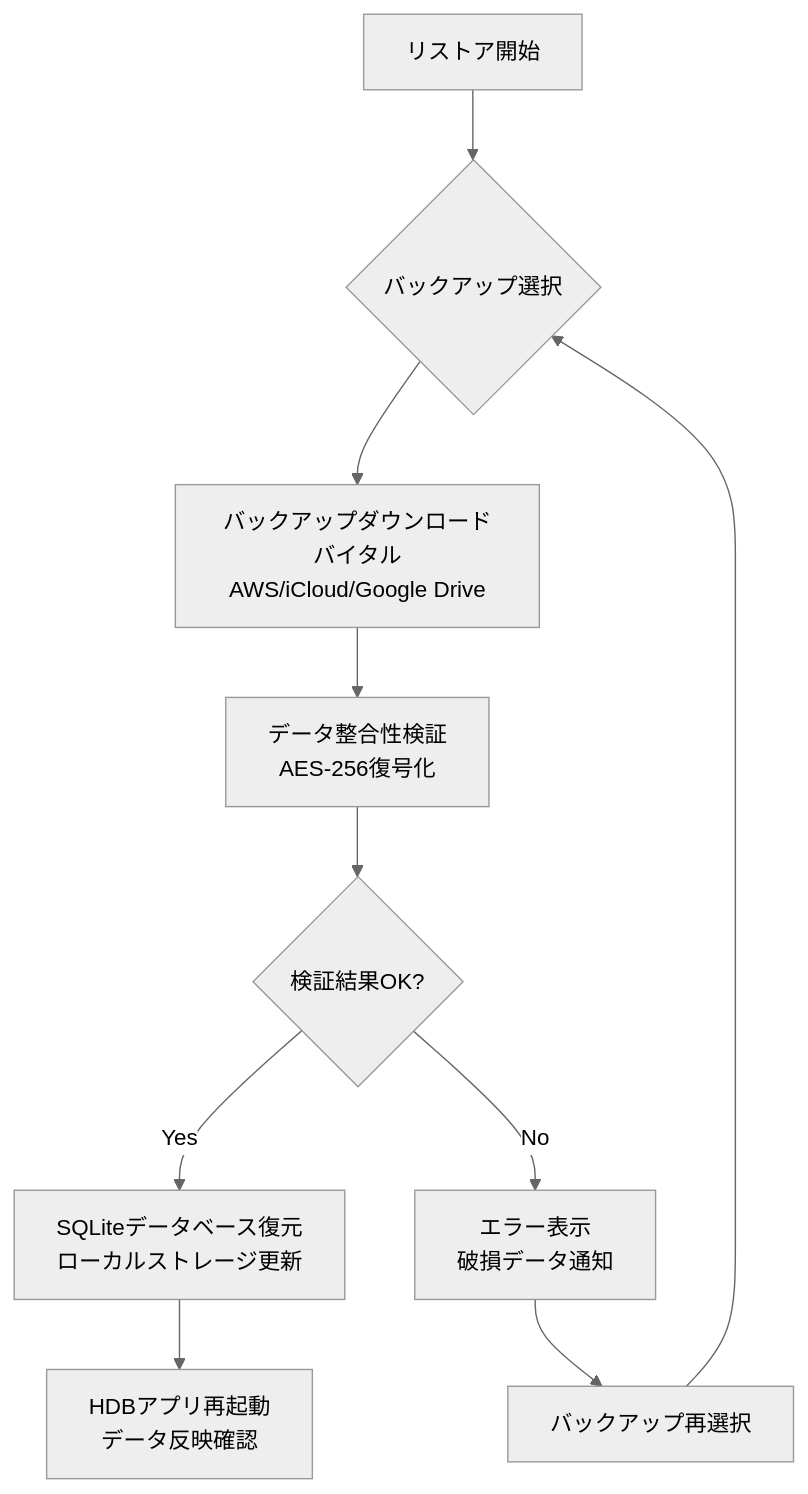
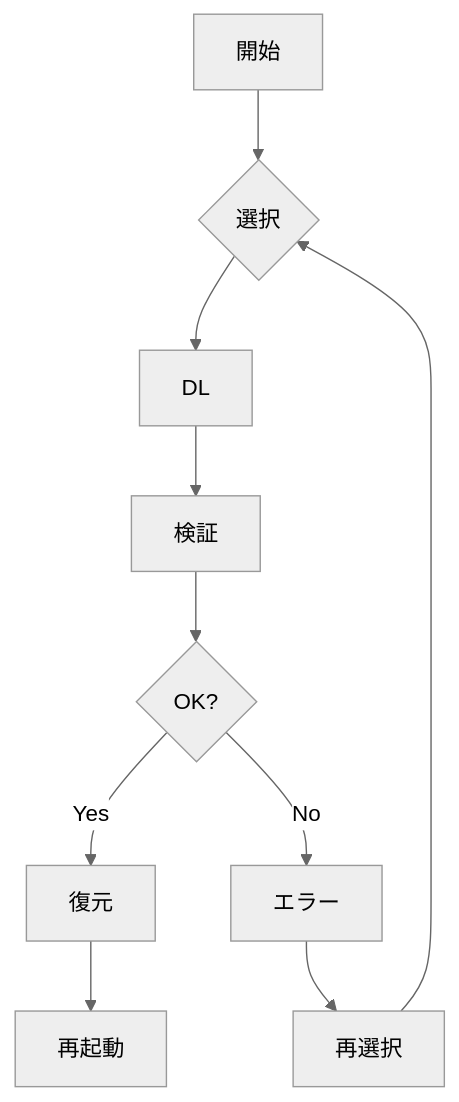
One commit to sasaibu/hdb changed the third of 4 diagrams in 外部設計書22.外部設計書/連携処理方式概要設計書.md. Above: the diagram before and after it, drawn with Mermaid (neutral theme). The commit also changed other lines of this file, not shown here.

````diff
--- a/外部設計書22.外部設計書/連携処理方式概要設計書.md
+++ b/外部設計書22.外部設計書/連携処理方式概要設計書.md
@@ -194,12 +192,12 @@
 ```mermaid
 flowchart TD
-    A[リストア開始] --> B{バックアップ選択}
-    B --> C[バックアップダウンロード<br/>バイタルAWS/iCloud/Google Drive]
-    C --> D[データ整合性検証<br/>AES-256復号化]
-    D --> E{検証結果OK?}
-    E -->|Yes| F[SQLiteデータベース復元<br/>ローカルストレージ更新]
-    E -->|No| G[エラー表示<br/>破損データ通知]
-    F --> H[HDBアプリ再起動<br/>データ反映確認]
-    G --> I[バックアップ再選択]
+    A[開始] --> B{選択}
+    B --> C[DL]
+    C --> D[検証]
+    D --> E{OK?}
+    E -->|Yes| F[復元]
+    E -->|No| G[エラー]
+    F --> H[再起動]
+    G --> I[再選択]
     I --> B
 ```
````
